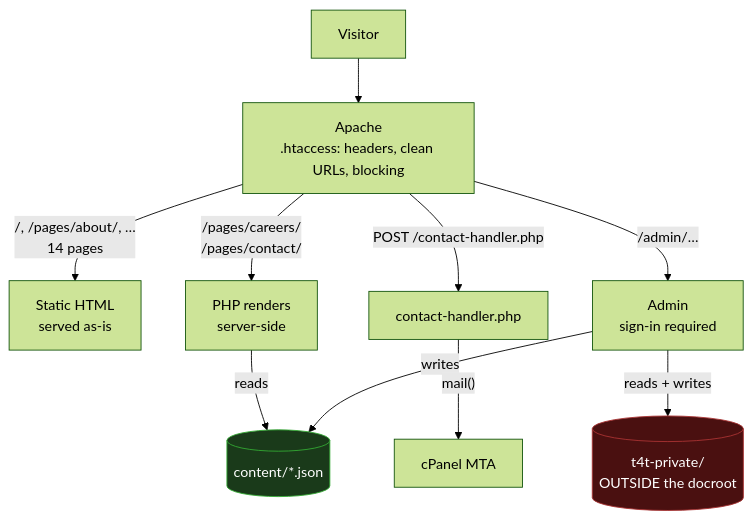
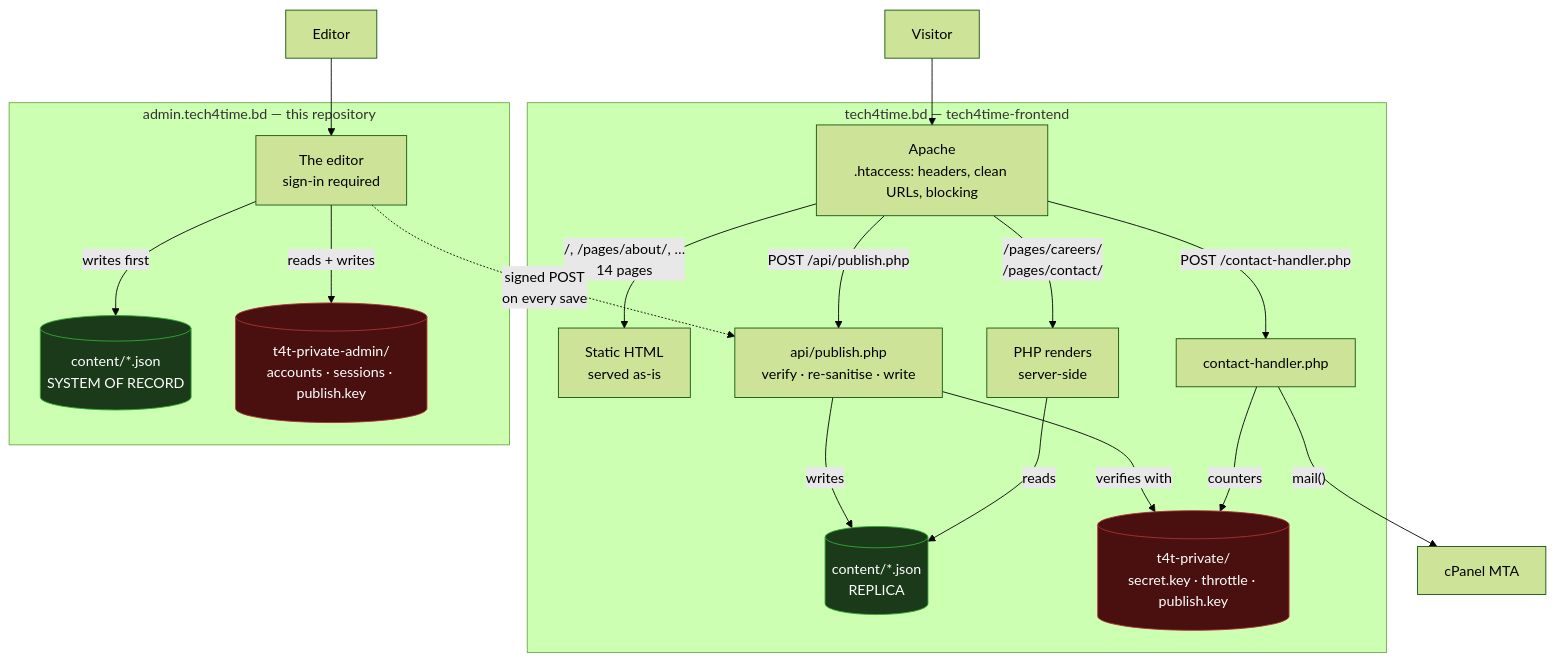
One commit to M-s-Tech4TIME/tech4time-backend changed the first of 4 diagrams in docs/00-orientation/architecture.md. Above: the diagram before and after it, drawn with Mermaid (forest theme). The commit also changed other lines of this file and 444 other files, not shown here.

````diff
--- a/docs/00-orientation/architecture.md
+++ b/docs/00-orientation/architecture.md
@@ -12,17 +12,40 @@
 ```mermaid
 flowchart TB
-    V["Visitor"] --> AP["Apache<br/>.htaccess: headers, clean URLs, blocking"]
+    subgraph FE["tech4time.bd — tech4time-frontend"]
+        AP["Apache<br/>.htaccess: headers, clean URLs, blocking"]
+        ST["Static HTML<br/>served as-is"]
+        PHP["PHP renders<br/>server-side"]
+        CH["contact-handler.php"]
+        API["api/publish.php<br/>verify · re-sanitise · write"]
+        CJ[("content/*.json<br/>REPLICA")]
+        PS[("t4t-private/<br/>secret.key · throttle · publish.key")]
+    end
 
-    AP -->|"/, /pages/about/, …<br/>14 pages"| ST["Static HTML<br/>served as-is"]
-    AP -->|"/pages/careers/<br/>/pages/contact/"| PHP["PHP renders<br/>server-side"]
-    AP -->|"POST /contact-handler.php"| CH["contact-handler.php"]
-    AP -->|"/admin/…"| ADM["Admin<br/>sign-in required"]
+    subgraph BE["admin.tech4time.bd — this repository"]
+        ADM["The editor<br/>sign-in required"]
+        BJ[("content/*.json<br/>SYSTEM OF RECORD")]
+        BPS[("t4t-private-admin/<br/>accounts · sessions · publish.key")]
+    end
 
-    PHP -->|reads| CJ[("content/*.json")]
-    ADM -->|writes| CJ
-    ADM -->|reads + writes| PS[("t4t-private/<br/>OUTSIDE the docroot")]
+    V["Visitor"] --> AP
+    AP -->|"/, /pages/about/, …<br/>14 pages"| ST
+    AP -->|"/pages/careers/<br/>/pages/contact/"| PHP
+    AP -->|"POST /contact-handler.php"| CH
+    AP -->|"POST /api/publish.php"| API
+
+    PHP -->|reads| CJ
+    API -->|writes| CJ
     CH -->|"mail()"| MX["cPanel MTA"]
+    CH -->|counters| PS
+    API -->|verifies with| PS
+
+    E["Editor"] --> ADM
+    ADM -->|writes first| BJ
+    ADM -->|reads + writes| BPS
+    ADM -.->|"signed POST<br/>on every save"| API
 
     style PS fill:#4a1010,stroke:#a33,color:#fff
+    style BPS fill:#4a1010,stroke:#a33,color:#fff
     style CJ fill:#1a3a1a,stroke:#3a3,color:#fff
+    style BJ fill:#1a3a1a,stroke:#3a3,color:#fff
 ```
````
